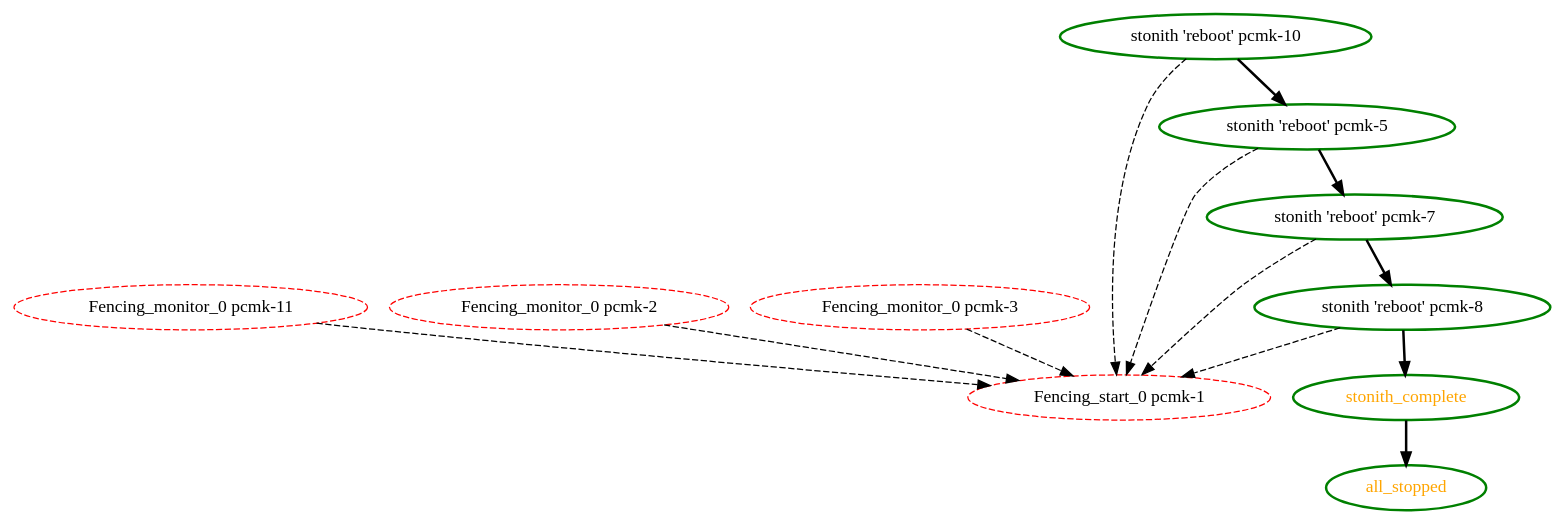
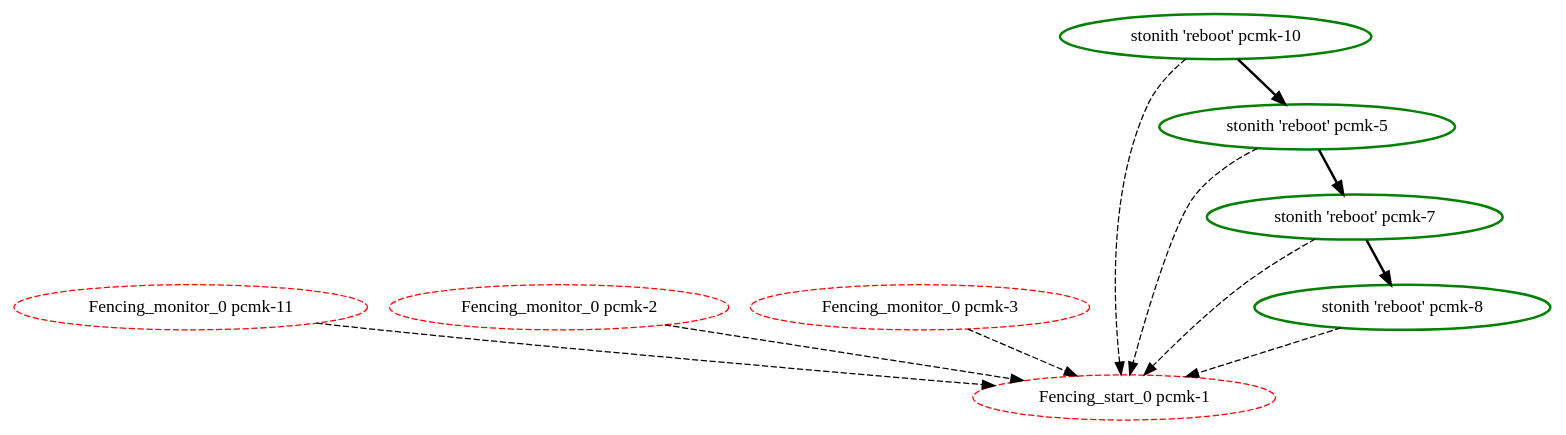
Before and after one commit to ClusterLabs/pacemaker: the diagram in pengine/test10/stonith-4.dot, drawn with Graphviz. The commit also changed 1421 other files, not shown here.

Commit message:
Test: scheduler: update tests for all_stopped/stonith_complete removal

```diff
--- a/pengine/test10/stonith-4.dot
+++ b/pengine/test10/stonith-4.dot
@@ -1,24 +1,20 @@
 digraph "g" {
 "Fencing_monitor_0 pcmk-11" -> "Fencing_start_0 pcmk-1" [ style = dashed]
 "Fencing_monitor_0 pcmk-11" [ style=dashed color="red" fontcolor="black"]
 "Fencing_monitor_0 pcmk-2" -> "Fencing_start_0 pcmk-1" [ style = dashed]
 "Fencing_monitor_0 pcmk-2" [ style=dashed color="red" fontcolor="black"]
 "Fencing_monitor_0 pcmk-3" -> "Fencing_start_0 pcmk-1" [ style = dashed]
 "Fencing_monitor_0 pcmk-3" [ style=dashed color="red" fontcolor="black"]
 "Fencing_start_0 pcmk-1" [ style=dashed color="red" fontcolor="black"]
-"all_stopped" [ style=bold color="green" fontcolor="orange"]
 "stonith 'reboot' pcmk-10" -> "Fencing_start_0 pcmk-1" [ style = dashed]
 "stonith 'reboot' pcmk-10" -> "stonith 'reboot' pcmk-5" [ style = bold]
 "stonith 'reboot' pcmk-10" [ style=bold color="green" fontcolor="black"]
 "stonith 'reboot' pcmk-5" -> "Fencing_start_0 pcmk-1" [ style = dashed]
 "stonith 'reboot' pcmk-5" -> "stonith 'reboot' pcmk-7" [ style = bold]
 "stonith 'reboot' pcmk-5" [ style=bold color="green" fontcolor="black"]
 "stonith 'reboot' pcmk-7" -> "Fencing_start_0 pcmk-1" [ style = dashed]
 "stonith 'reboot' pcmk-7" -> "stonith 'reboot' pcmk-8" [ style = bold]
 "stonith 'reboot' pcmk-7" [ style=bold color="green" fontcolor="black"]
 "stonith 'reboot' pcmk-8" -> "Fencing_start_0 pcmk-1" [ style = dashed]
-"stonith 'reboot' pcmk-8" -> "stonith_complete" [ style = bold]
 "stonith 'reboot' pcmk-8" [ style=bold color="green" fontcolor="black"]
-"stonith_complete" -> "all_stopped" [ style = bold]
-"stonith_complete" [ style=bold color="green" fontcolor="orange"]
 }
```
